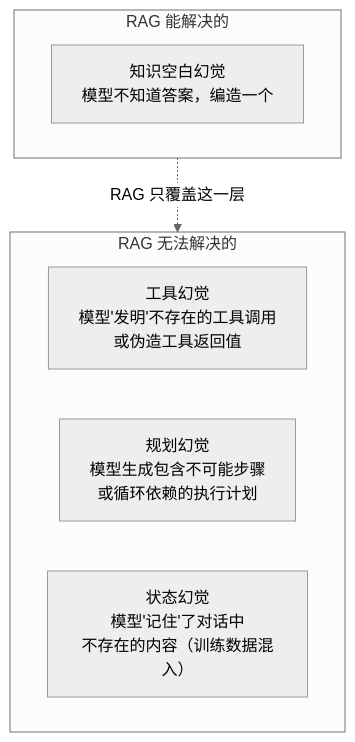
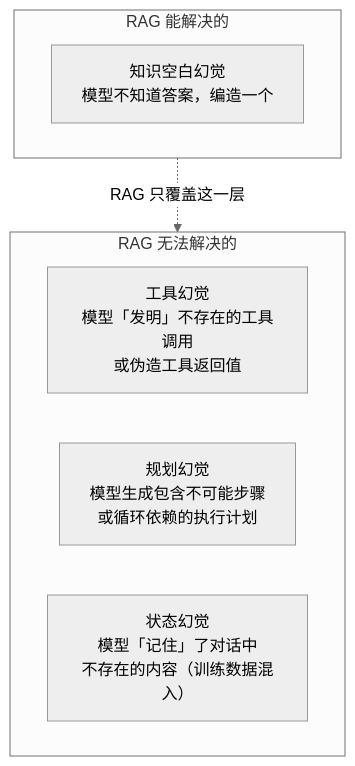
One commit to ranxi2001/zero2Agent changed the fourth of 4 diagrams in learn-agent-interview/03-fault-tolerance/index.md. Above: the diagram before and after it, drawn with Mermaid (neutral theme). The commit also changed other lines of this file and 1 other file, not shown here.

Commit message:
fix: Mermaid 标签用中文引号「」替代单引号，修复渲染错误

````diff
--- a/learn-agent-interview/03-fault-tolerance/index.md
+++ b/learn-agent-interview/03-fault-tolerance/index.md
@@ -538,14 +538,14 @@
 ```mermaid
 flowchart TB
     subgraph rag["RAG 能解决的"]
         H1["知识空白幻觉\n模型不知道答案，编造一个"]
     end
 
     subgraph norag["RAG 无法解决的"]
-        H2["工具幻觉\n模型#39;发明#39;不存在的工具调用\n或伪造工具返回值"]
+        H2["工具幻觉\n模型「发明」不存在的工具调用\n或伪造工具返回值"]
         H3["规划幻觉\n模型生成包含不可能步骤\n或循环依赖的执行计划"]
-        H4["状态幻觉\n模型#39;记住#39;了对话中\n不存在的内容（训练数据混入）"]
+        H4["状态幻觉\n模型「记住」了对话中\n不存在的内容（训练数据混入）"]
     end
 
     rag -.->|"RAG 只覆盖这一层"| norag
 ```
````
